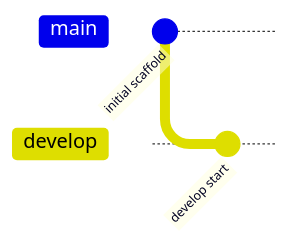
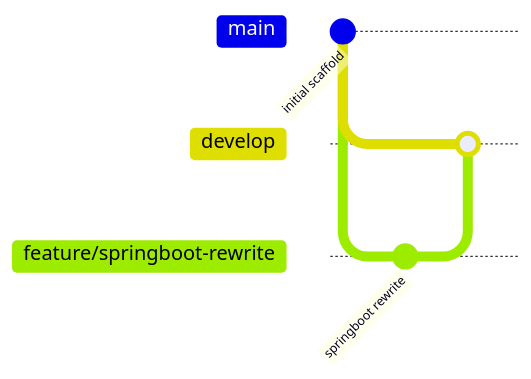
One commit to tjdckscert/api-map changed the diagram in README.md. Above: the diagram before and after it, drawn with Mermaid. The commit also changed other lines of this file, not shown here.

````diff
--- a/README.md
+++ b/README.md
@@ -66,7 +71,11 @@
 ```mermaid
 gitGraph
   commit id: "initial scaffold"
   branch develop
   checkout develop
-  commit id: "develop start"
+  branch feature/springboot-rewrite
+  checkout feature/springboot-rewrite
+  commit id: "springboot rewrite"
+  checkout develop
+  merge feature/springboot-rewrite
 ```
````
